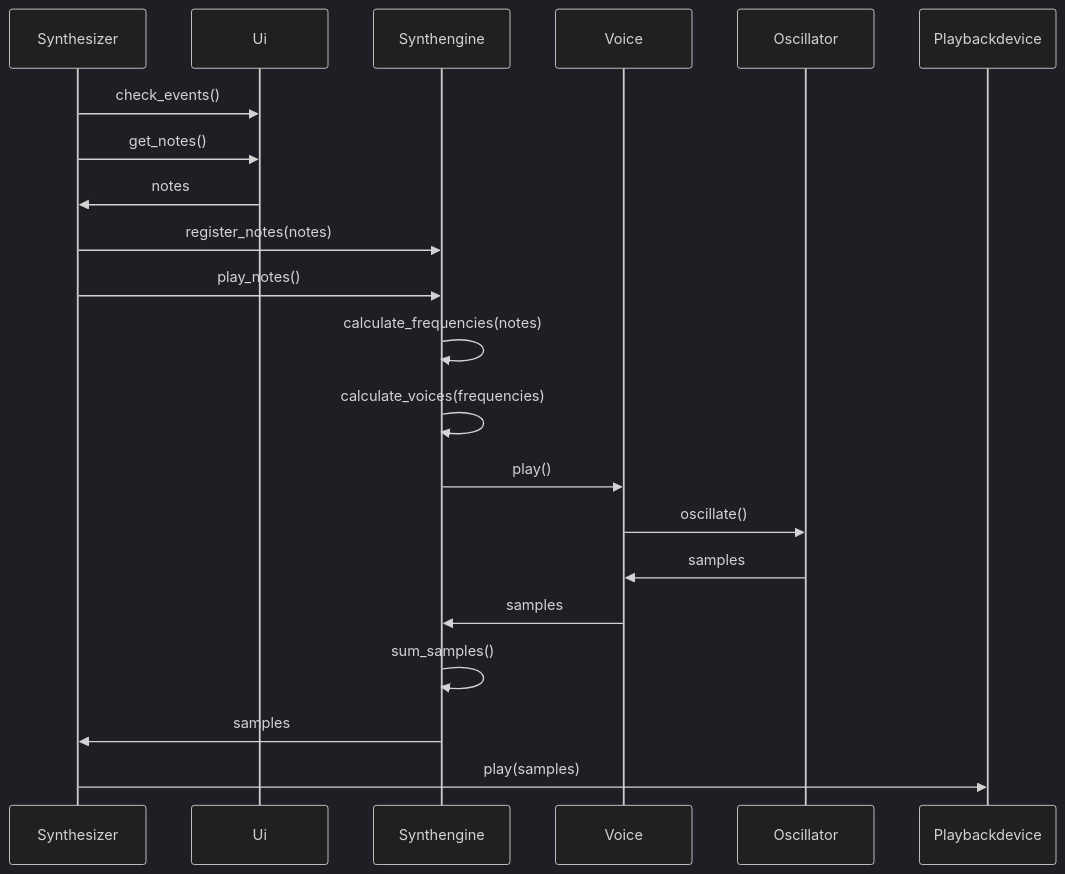
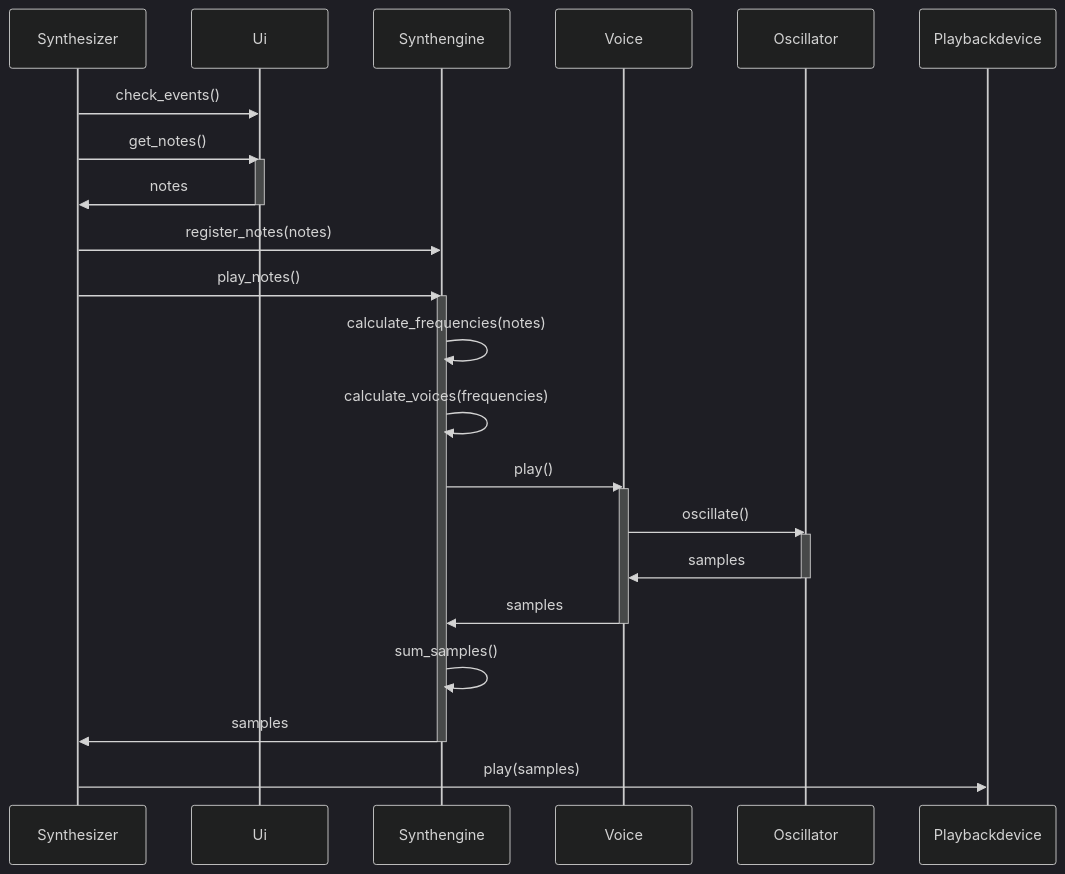
The second of 2 diagrams in dokumentaatio/arkkitehtuuri.md (rudolf-heiskanen/ot-harjoitustyo), drawn with Mermaid (dark theme) before and after one commit.

Commit message:
arkkitehtuuria

````diff
--- a/dokumentaatio/arkkitehtuuri.md
+++ b/dokumentaatio/arkkitehtuuri.md
@@ -29,17 +29,25 @@
 ```mermaid
 sequenceDiagram
     Synthesizer ->> Ui: check_events()
     Synthesizer ->> Ui: get_notes()
+    activate Ui
     Ui ->> Synthesizer: notes
+    deactivate Ui
     Synthesizer ->> Synthengine: register_notes(notes)
     Synthesizer ->> Synthengine: play_notes()
+    activate Synthengine
     Synthengine ->> Synthengine: calculate_frequencies(notes)
     Synthengine ->> Synthengine: calculate_voices(frequencies)
     Synthengine ->> Voice: play()
+    activate Voice
     Voice ->> Oscillator: oscillate()
+    activate Oscillator
     Oscillator ->> Voice: samples
+    deactivate Oscillator
     Voice ->> Synthengine: samples
+    deactivate Voice
     Synthengine ->> Synthengine: sum_samples()
     Synthengine ->> Synthesizer: samples
+    deactivate Synthengine
     Synthesizer ->> Playbackdevice: play(samples)
 ```
````
